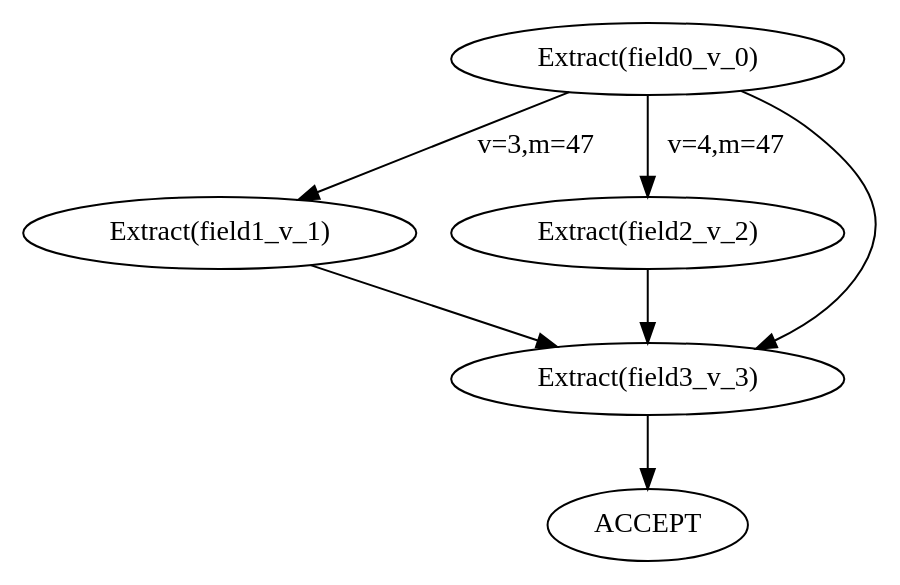
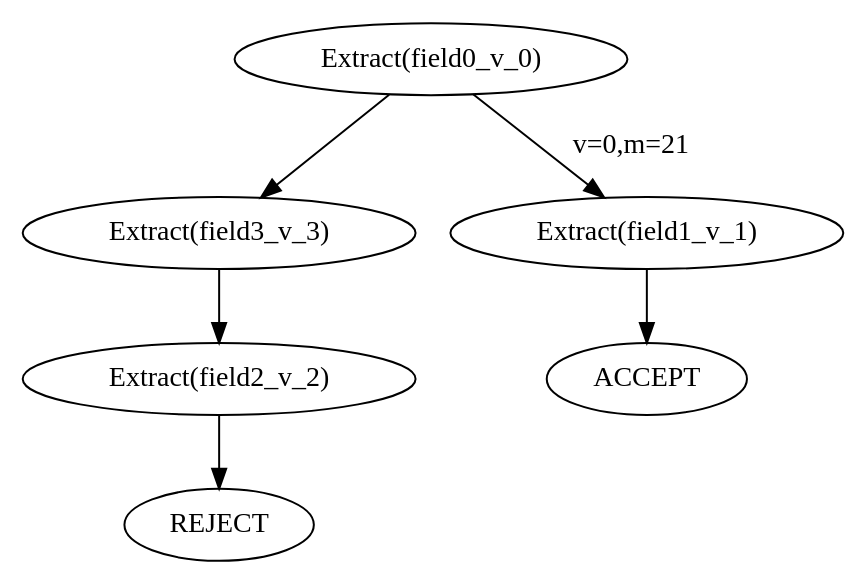
One commit to Aryakrish05/ParserCompiler26 changed the diagram in Foundations/ProgramSynthesis/Z3Programs/STMGen/doctest-output/ParseGraph.gv. Above: the diagram before and after it, drawn with Graphviz. The commit also changed 87 other files, not shown here.

```diff
--- a/Foundations/ProgramSynthesis/Z3Programs/STMGen/doctest-output/ParseGraph.gv
+++ b/Foundations/ProgramSynthesis/Z3Programs/STMGen/doctest-output/ParseGraph.gv
@@ -1,14 +1,14 @@
 // Parser as State Machine
 digraph ParseGraph {
 	Node0 [label="Extract(field0_v_0)"]
-	Node1 [label="Extract(field1_v_1)"]
-	Node2 [label="Extract(field2_v_2)"]
-	Node3 [label="Extract(field3_v_3)"]
+	Node1 [label="Extract(field3_v_3)"]
+	Node2 [label="Extract(field1_v_1)"]
+	Node3 [label="Extract(field2_v_2)"]
 	ACCEPT [label=ACCEPT]
-	Node0 -> Node3
+	REJECT [label=REJECT]
+	Node0 -> Node1
 	Node1 -> Node3
-	Node2 -> Node3
-	Node3 -> ACCEPT
-	Node0 -> Node2 [label="v=4,m=47"]
-	Node0 -> Node1 [label="v=3,m=47"]
+	Node2 -> ACCEPT
+	Node3 -> REJECT
+	Node0 -> Node2 [label="v=0,m=21"]
 }
```
